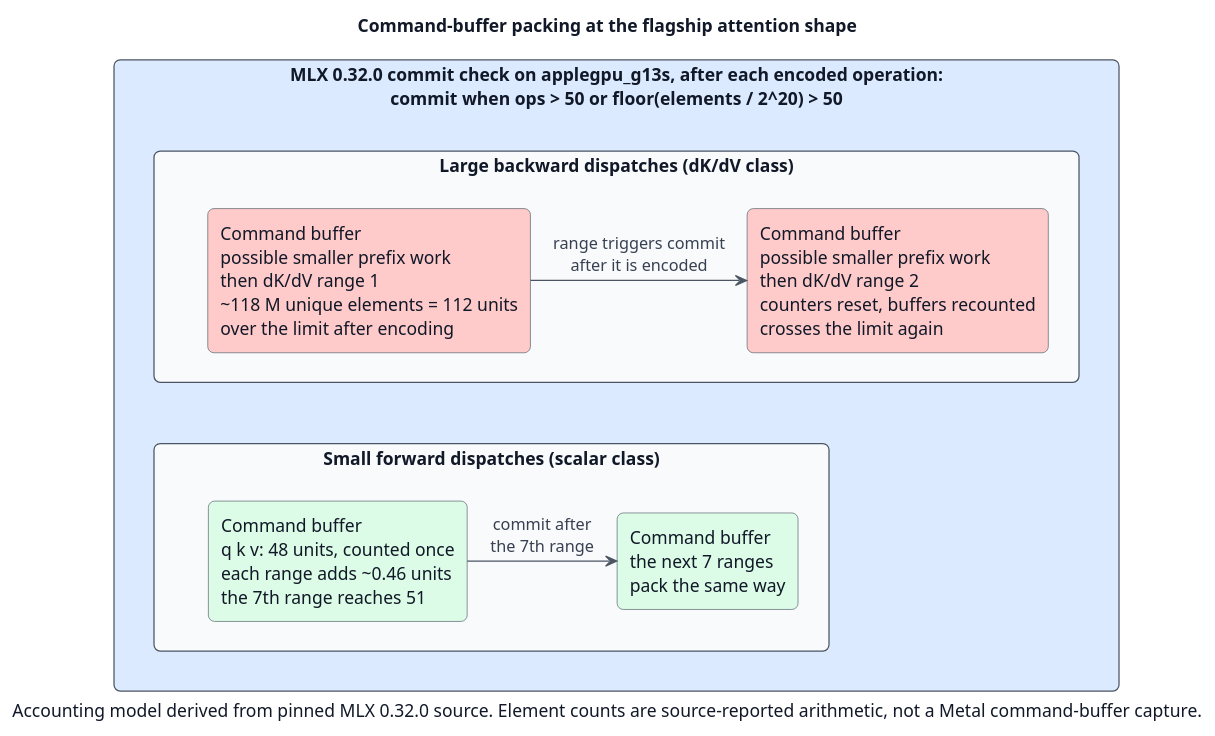
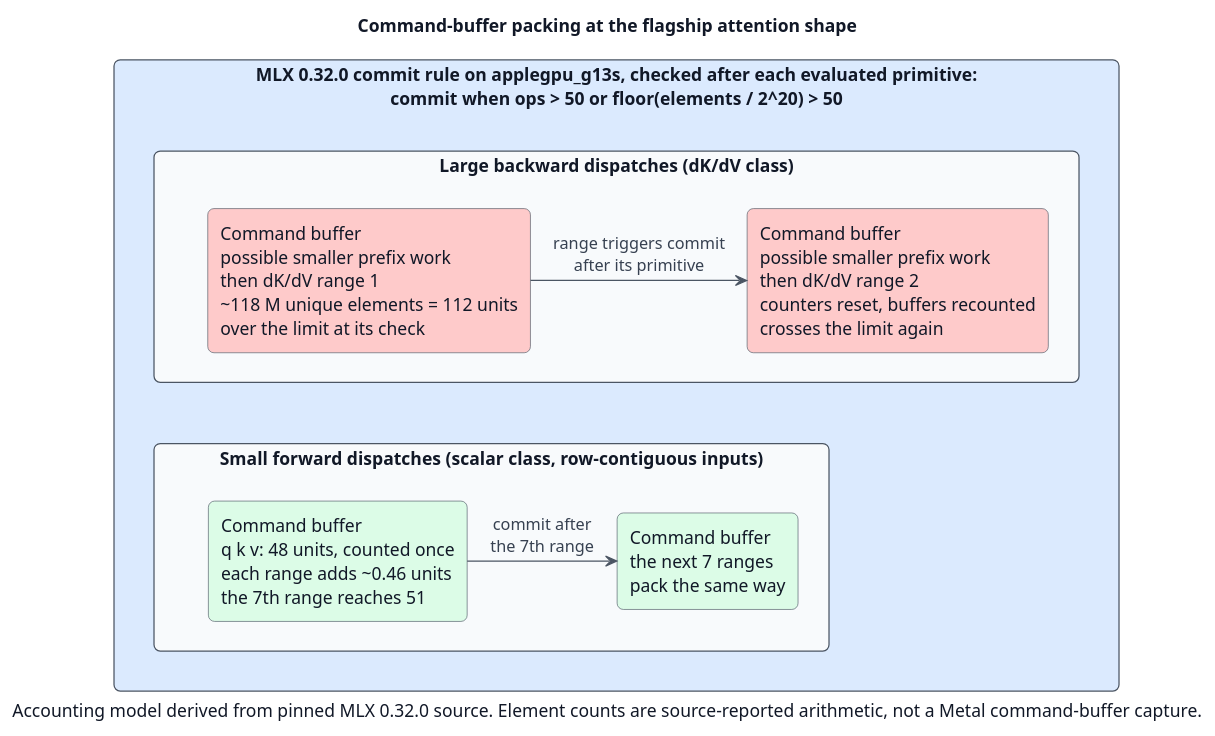
One commit to IonDen/mlx-train-perf changed the diagram in docs/papers/diagrams/command-buffer-packing-sequence.puml. Above: the diagram before and after it, drawn with PlantUML. The commit also changed 5 other files, not shown here.

First line of the commit message:
Rewrite the bottleneck paper and update the command-buffer paper (#31)

```diff
--- a/docs/papers/diagrams/command-buffer-packing-sequence.puml
+++ b/docs/papers/diagrams/command-buffer-packing-sequence.puml
@@ -1,35 +1,35 @@
 @startuml
 title Command-buffer packing at the flagship attention shape
 
 skinparam backgroundColor #FFFFFF
 skinparam shadowing false
 skinparam roundCorner 10
 skinparam defaultFontName Helvetica
 skinparam defaultFontColor #111827
 skinparam ArrowColor #4B5563
 skinparam ArrowFontColor #374151
 skinparam rectangle {
   BorderColor #4B5563
   FontColor #111827
   BackgroundColor #F8FAFC
 }
 
-rectangle "MLX 0.32.0 commit check on applegpu_g13s, after each encoded operation:\ncommit when ops > 50 or floor(elements / 2^20) > 50" as rule #DBEAFE {
+rectangle "MLX 0.32.0 commit rule on applegpu_g13s, checked after each evaluated primitive:\ncommit when ops > 50 or floor(elements / 2^20) > 50" as rule #DBEAFE {
 
   rectangle "Large backward dispatches (dK/dV class)" as laneA {
-    rectangle "Command buffer\npossible smaller prefix work\nthen dK/dV range 1\n~118 M unique elements = 112 units\nover the limit after encoding" as a1 #FECACA
+    rectangle "Command buffer\npossible smaller prefix work\nthen dK/dV range 1\n~118 M unique elements = 112 units\nover the limit at its check" as a1 #FECACA
     rectangle "Command buffer\npossible smaller prefix work\nthen dK/dV range 2\ncounters reset, buffers recounted\ncrosses the limit again" as a2 #FECACA
   }
 
-  rectangle "Small forward dispatches (scalar class)" as laneB {
+  rectangle "Small forward dispatches (scalar class, row-contiguous inputs)" as laneB {
     rectangle "Command buffer\nq k v: 48 units, counted once\neach range adds ~0.46 units\nthe 7th range reaches 51" as b1 #DCFCE7
     rectangle "Command buffer\nthe next 7 ranges\npack the same way" as b2 #DCFCE7
   }
 }
 
 laneA -[hidden]down- laneB
-a1 -right-> a2 : range triggers commit\nafter it is encoded
+a1 -right-> a2 : range triggers commit\nafter its primitive
 b1 -right-> b2 : commit after\nthe 7th range
 
 caption Accounting model derived from pinned MLX 0.32.0 source. Element counts are source-reported arithmetic, not a Metal command-buffer capture.
 @enduml
```
